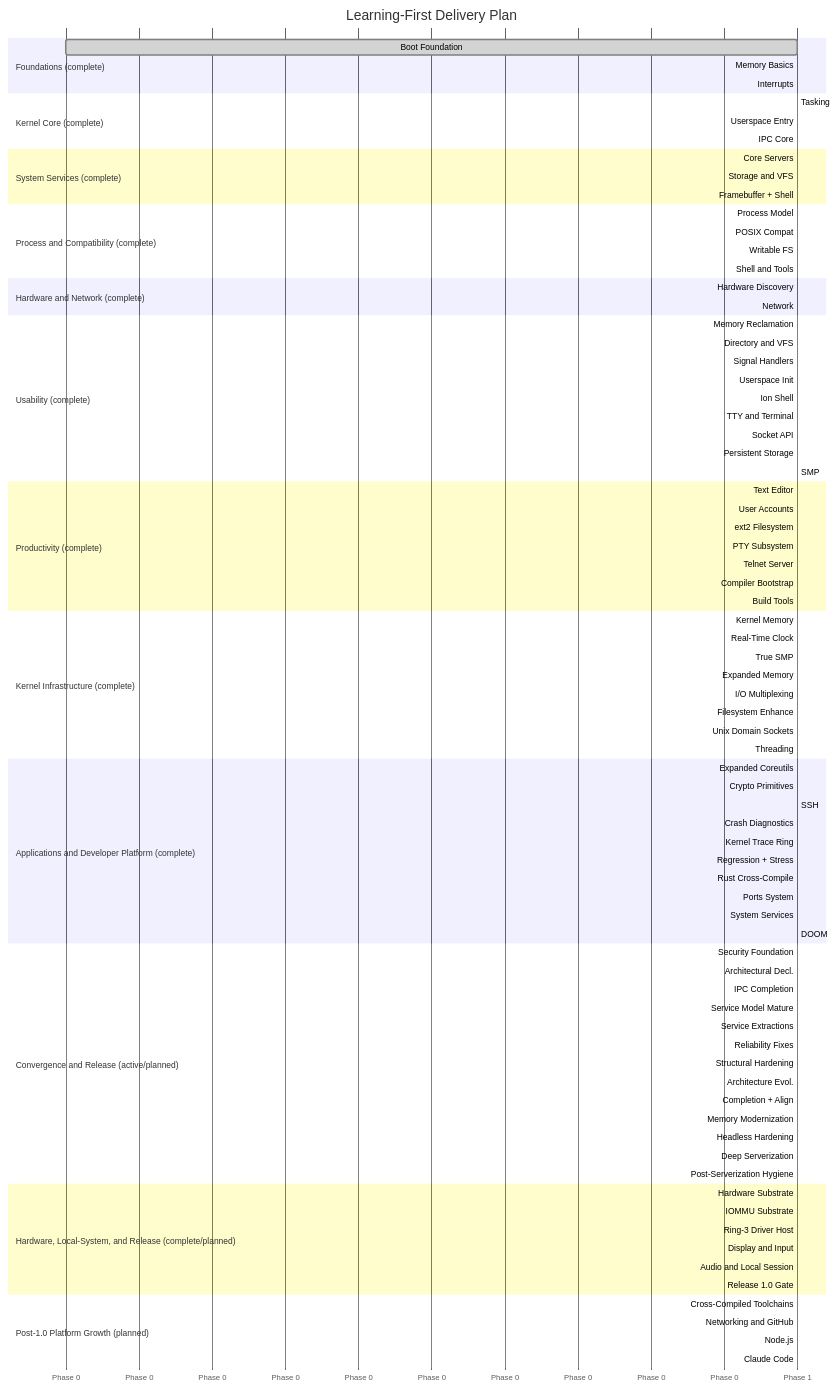
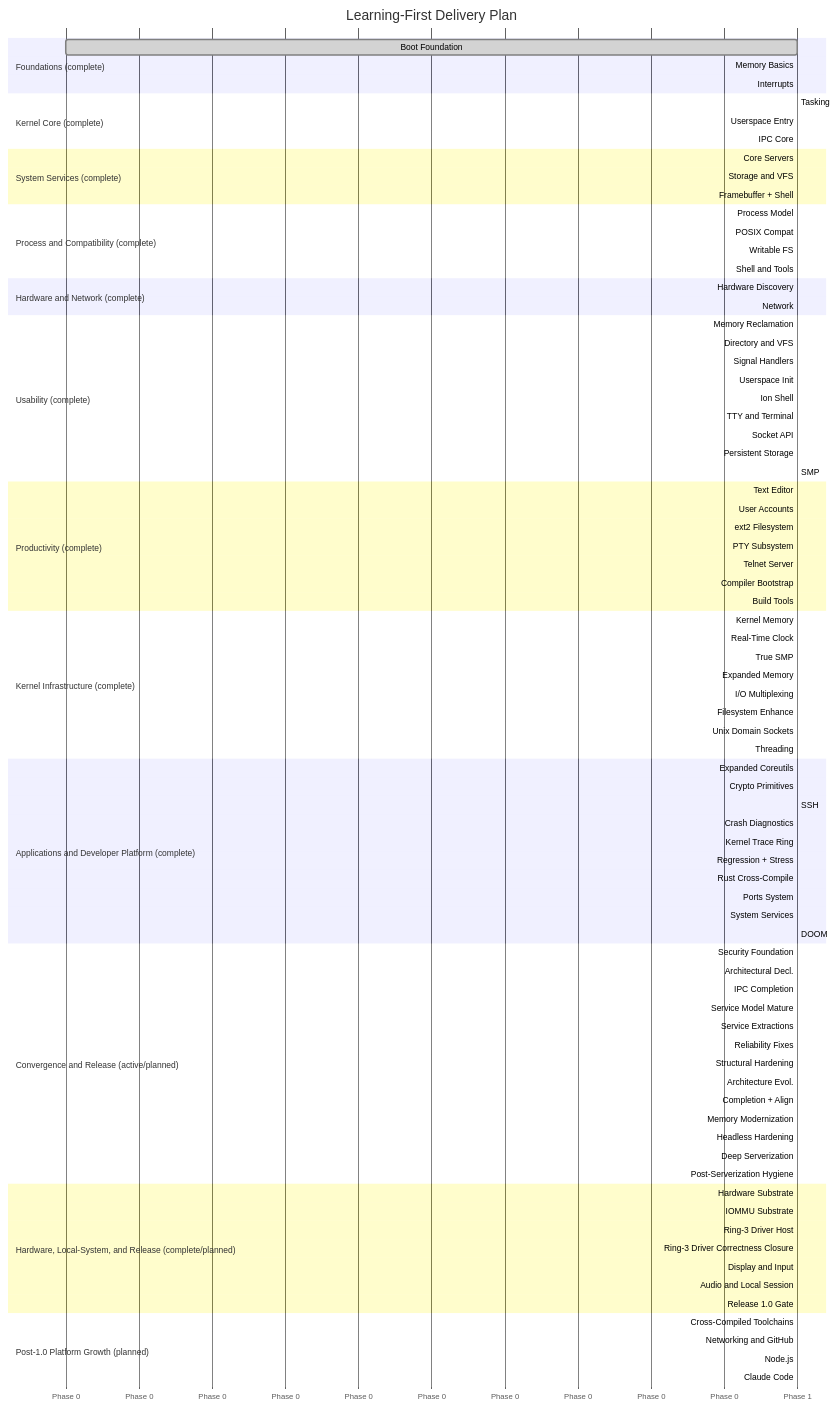
The second of 2 diagrams in docs/roadmap/README.md (mikecubed/m3OS), drawn with Mermaid before and after one commit. The commit also changed other lines of this file and 9 other files, not shown here.

```diff
--- a/docs/roadmap/README.md
+++ b/docs/roadmap/README.md
@@ -400,9 +402,10 @@
     Hardware Substrate      :done, p55, after p54a, 1
     IOMMU Substrate         :p55a, after p55, 1
     Ring-3 Driver Host      :p55b, after p55a, 1
+    Ring-3 Driver Correctness Closure :p55c, after p55b, 1
     Display and Input       :p56, after p55b, 1
     Audio and Local Session :p57, after p56, 1
-    Release 1.0 Gate        :p58, after p57, 1
+    Release 1.0 Gate        :p58, after p55c, 1
 
     section Post-1.0 Platform Growth (planned)
     Cross-Compiled Toolchains :p59, after p58, 1
```
